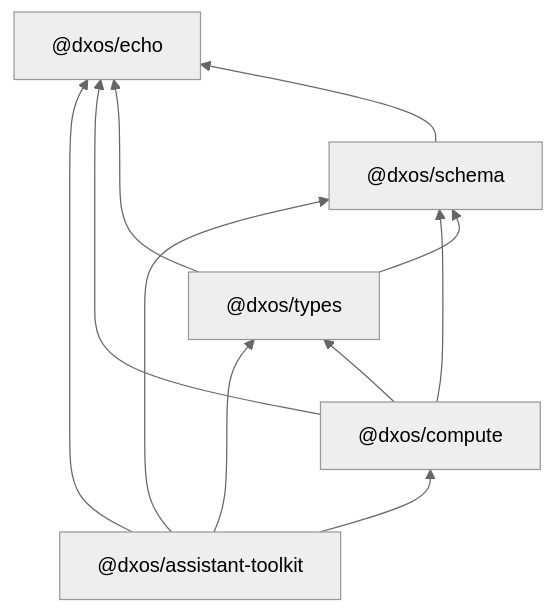
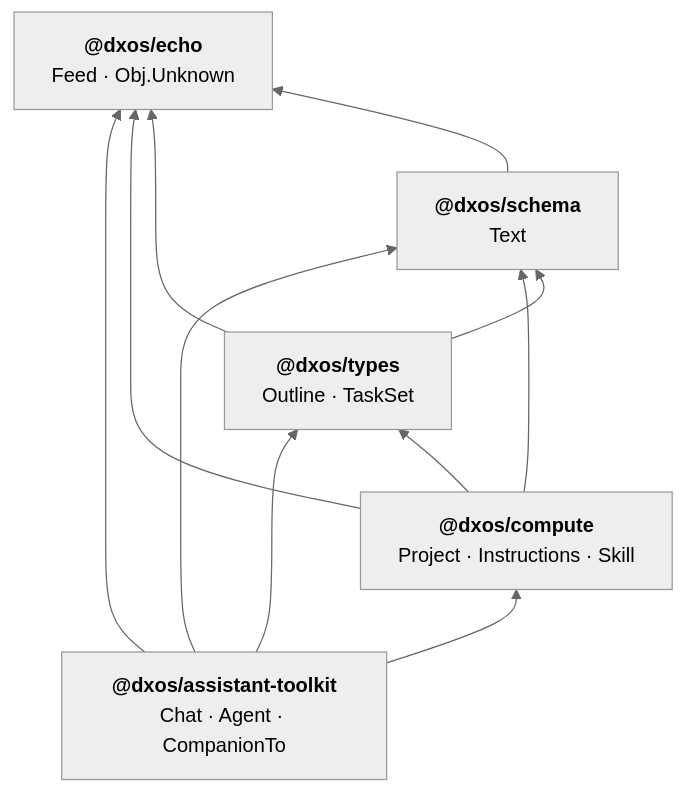
The first of 2 diagrams in packages/core/compute/compute/src/types/AUDIT.md (dxos/dxos), drawn with Mermaid (neutral theme) before and after one commit.

Commit message:
compute: list audited types inside each AUDIT package-graph node

````diff
--- a/packages/core/compute/compute/src/types/AUDIT.md
+++ b/packages/core/compute/compute/src/types/AUDIT.md
@@ -33,13 +33,13 @@
 ```mermaid
 graph BT
-  AT["@dxos/assistant-toolkit"] --> C["@dxos/compute"]
-  AT --> T["@dxos/types"]
-  AT --> S["@dxos/schema"]
-  AT --> E["@dxos/echo"]
+  AT["<b>@dxos/assistant-toolkit</b><br/>Chat · Agent · CompanionTo"] --> C["<b>@dxos/compute</b><br/>Project · Instructions · Skill"]
+  AT --> T["<b>@dxos/types</b><br/>Outline · TaskSet"]
+  AT --> S["<b>@dxos/schema</b><br/>Text"]
+  AT --> E["<b>@dxos/echo</b><br/>Feed · Obj.Unknown"]
   C --> T
   C --> S
   C --> E
   T --> S
   T --> E
   S --> E
 ```
````
